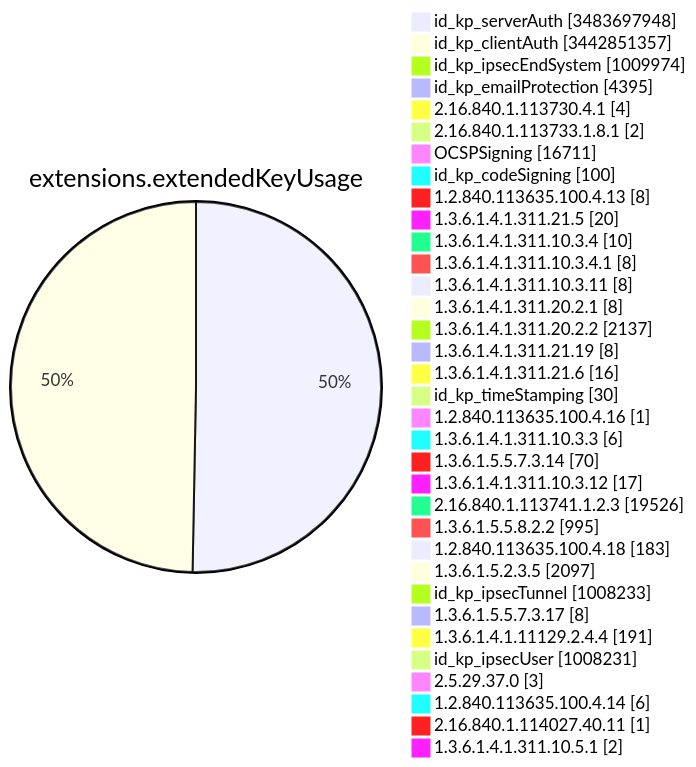
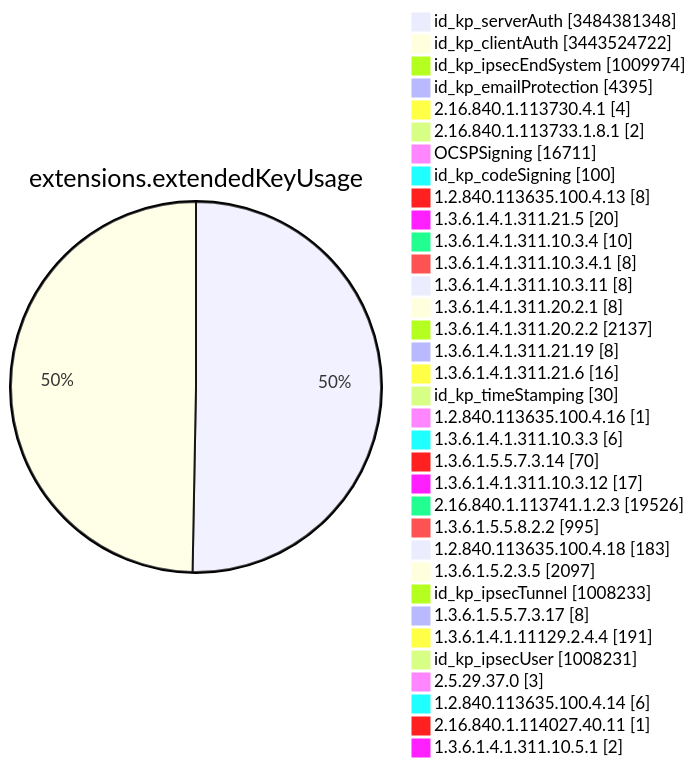
One commit to christiankrug/ctmonitor_visualization changed diagram 11 of 15 in TOTAL/README.md. Above: the diagram before and after it, drawn with Mermaid. The commit also changed other lines of this file, not shown here.

````diff
--- a/TOTAL/README.md
+++ b/TOTAL/README.md
@@ -4124,38 +4124,38 @@
 ```mermaid
 pie showData
 title extensions.extendedKeyUsage
-"id_kp_serverAuth" :3483697948
-"id_kp_clientAuth" :3442851357
+"id_kp_serverAuth" :3484381348
+"id_kp_clientAuth" :3443524722
 "id_kp_ipsecEndSystem" :1009974
 "id_kp_emailProtection" :4395
 "2.16.840.1.113730.4.1" :4
 "2.16.840.1.113733.1.8.1" :2
 "OCSPSigning" :16711
 "id_kp_codeSigning" :100
 "1.2.840.113635.100.4.13" :8
 "1.3.6.1.4.1.311.21.5" :20
 "1.3.6.1.4.1.311.10.3.4" :10
 "1.3.6.1.4.1.311.10.3.4.1" :8
 "1.3.6.1.4.1.311.10.3.11" :8
 "1.3.6.1.4.1.311.20.2.1" :8
 "1.3.6.1.4.1.311.20.2.2" :2137
 "1.3.6.1.4.1.311.21.19" :8
 "1.3.6.1.4.1.311.21.6" :16
 "id_kp_timeStamping" :30
 "1.2.840.113635.100.4.16" :1
 "1.3.6.1.4.1.311.10.3.3" :6
 "1.3.6.1.5.5.7.3.14" :70
 "1.3.6.1.4.1.311.10.3.12" :17
 "2.16.840.1.113741.1.2.3" :19526
 "1.3.6.1.5.5.8.2.2" :995
 "1.2.840.113635.100.4.18" :183
 "1.3.6.1.5.2.3.5" :2097
 "id_kp_ipsecTunnel" :1008233
 "1.3.6.1.5.5.7.3.17" :8
 "1.3.6.1.4.1.11129.2.4.4" :191
 "id_kp_ipsecUser" :1008231
 "2.5.29.37.0" :3
 "1.2.840.113635.100.4.14" :6
 "2.16.840.1.114027.40.11" :1
 "1.3.6.1.4.1.311.10.5.1" :2
 ```
````
